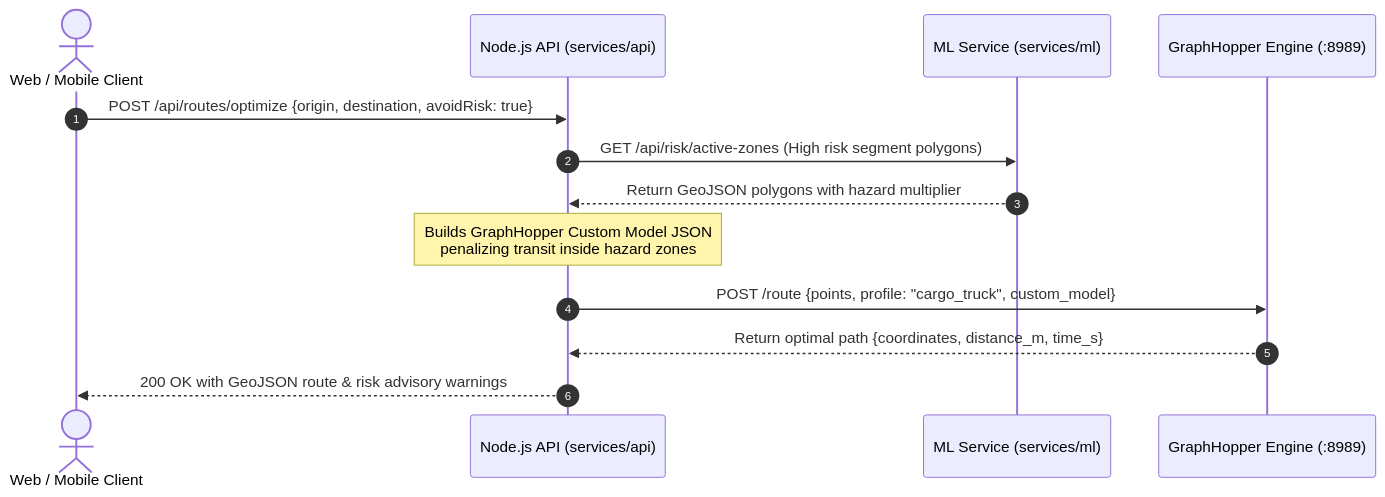
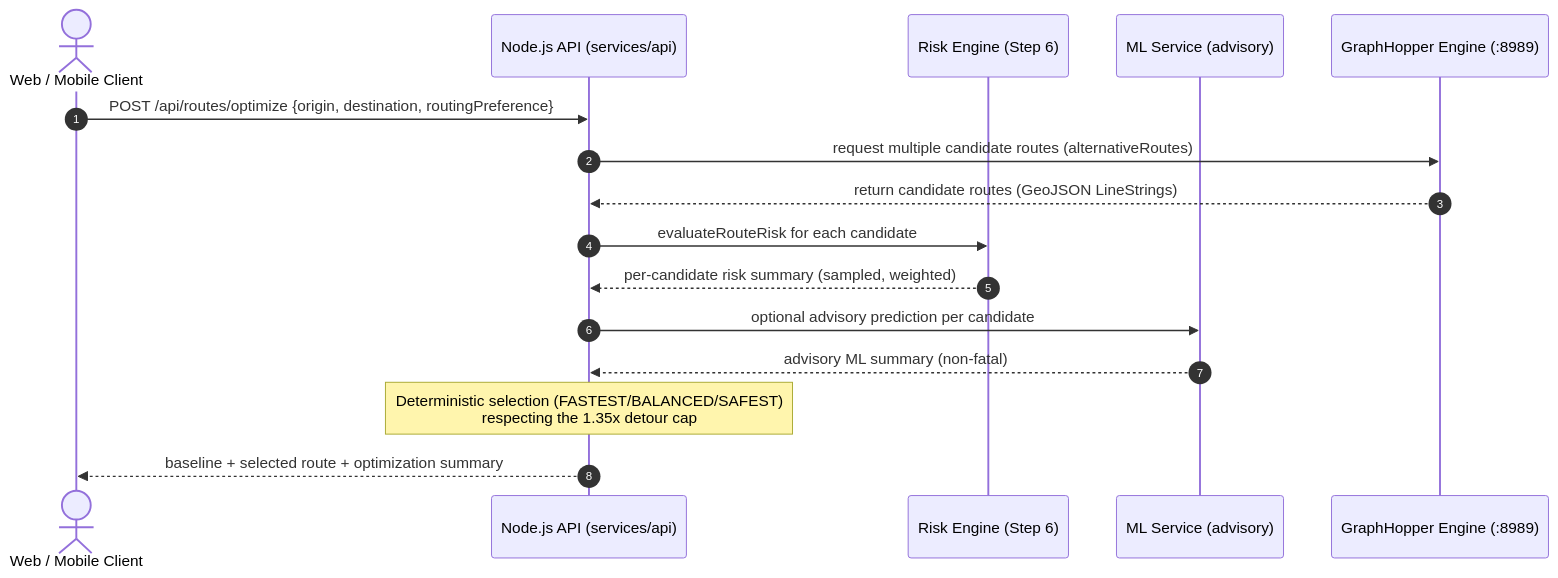
Before and after one commit to ParthKaretiya/team-saura-sih26002: the diagram in docs/routing-spike.md, drawn with Mermaid. The commit also changed other lines of this file and 3 other files, not shown here.

Commit message:
docs(routing): document optimization and rerouting contracts

````diff
--- a/docs/routing-spike.md
+++ b/docs/routing-spike.md
@@ -84,16 +87,19 @@
 ```mermaid
 sequenceDiagram
     autonumber
     actor Client as Web / Mobile Client
     participant NodeAPI as Node.js API (services/api)
-    participant ML as ML Service (services/ml)
+    participant Risk as Risk Engine (Step 6)
+    participant ML as ML Service (advisory)
     participant GH as GraphHopper Engine (:8989)
 
-    Client->>NodeAPI: POST /api/routes/optimize {origin, destination, avoidRisk: true}
-    NodeAPI->>ML: GET /api/risk/active-zones (High risk segment polygons)
-    ML-->>NodeAPI: Return GeoJSON polygons with hazard multiplier
-    Note over NodeAPI: Builds GraphHopper Custom Model JSON<br/>penalizing transit inside hazard zones
-    NodeAPI->>GH: POST /route {points, profile: "cargo_truck", custom_model}
-    GH-->>NodeAPI: Return optimal path {coordinates, distance_m, time_s}
-    NodeAPI-->>Client: 200 OK with GeoJSON route & risk advisory warnings
+    Client->>NodeAPI: POST /api/routes/optimize {origin, destination, routingPreference}
+    NodeAPI->>GH: request multiple candidate routes (alternativeRoutes)
+    GH-->>NodeAPI: return candidate routes (GeoJSON LineStrings)
+    NodeAPI->>Risk: evaluateRouteRisk for each candidate
+    Risk-->>NodeAPI: per-candidate risk summary (sampled, weighted)
+    NodeAPI->>ML: optional advisory prediction per candidate
+    ML-->>NodeAPI: advisory ML summary (non-fatal)
+    Note over NodeAPI: Deterministic selection (FASTEST/BALANCED/SAFEST)<br/>respecting the 1.35x detour cap
+    NodeAPI-->>Client: baseline + selected route + optimization summary
 ```
````
